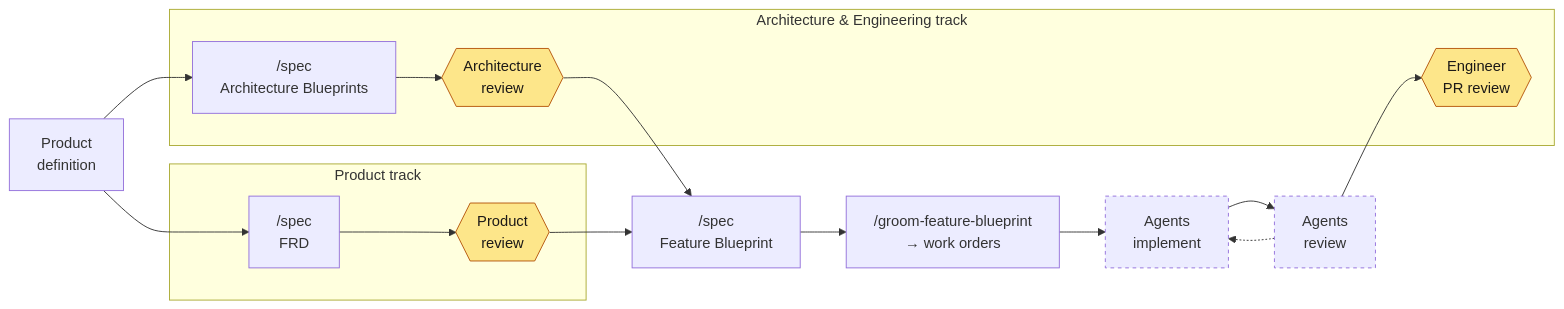
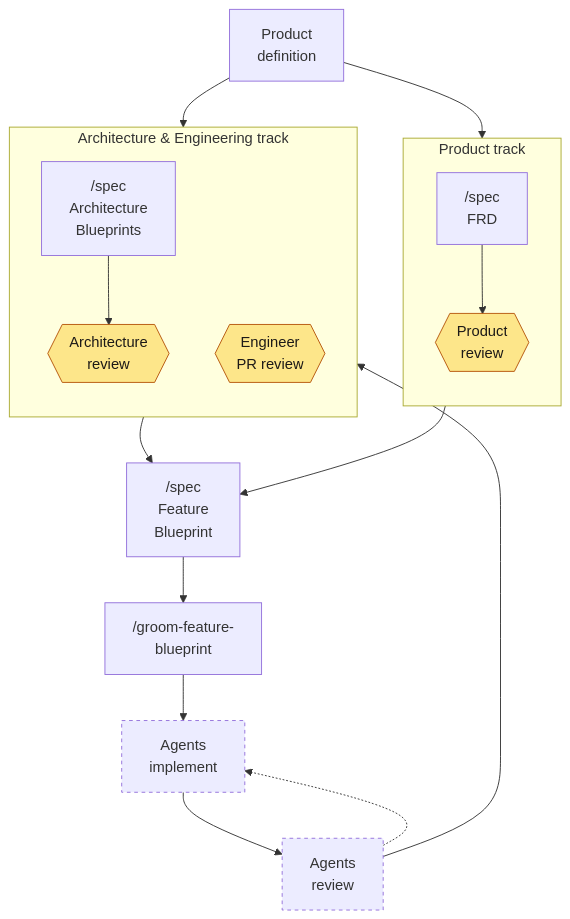
The diagram in README.md (brettcallaghan/specs), drawn with Mermaid before and after one commit.

Commit message:
Lay the README workflow out top to bottom so labels are not cut off
Claude-Session: https://claude.ai/code/session_01J5LMBBD8Yc8Ru5qevj5dVk

````diff
--- a/README.md
+++ b/README.md
@@ -56,25 +56,28 @@
 ```mermaid
-flowchart LR
-    P["Product<br/>definition"] --> A
-    P --> H
+flowchart TB
+    P["Product<br/>definition"]
     subgraph product["Product track"]
+        direction TB
         A["/spec<br/>FRD"] --> B{{"Product<br/>review"}}
     end
     subgraph architecture["Architecture & Engineering track"]
-        H["/spec<br/>Architecture Blueprints"] --> I{{"Architecture<br/>review"}}
+        direction TB
+        H["/spec<br/>Architecture<br/>Blueprints"] --> I{{"Architecture<br/>review"}}
         G{{"Engineer<br/>PR review"}}
     end
-    B --> C["/spec<br/>Feature Blueprint"]
+    P --> A
+    P --> H
+    B --> C["/spec<br/>Feature<br/>Blueprint"]
     I --> C
-    C --> E["/groom-feature-blueprint<br/>→ work orders"]
+    C --> E["/groom-feature-<br/>blueprint"]
     E --> F["Agents<br/>implement"]
     F --> J["Agents<br/>review"]
     J -.-> F
     J --> G
 
     style B fill:#fde68a,stroke:#b45309,color:#1c1917
     style I fill:#fde68a,stroke:#b45309,color:#1c1917
     style G fill:#fde68a,stroke:#b45309,color:#1c1917
     style F stroke-dasharray: 4 4
     style J stroke-dasharray: 4 4
 ```
````
